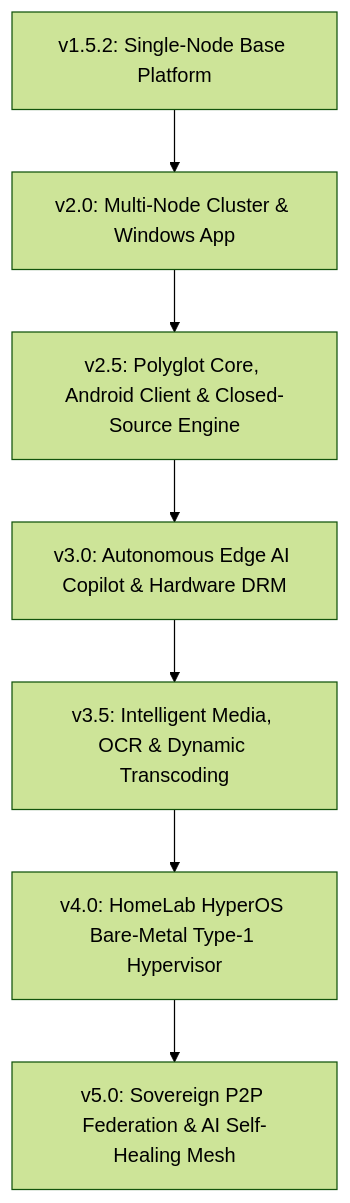
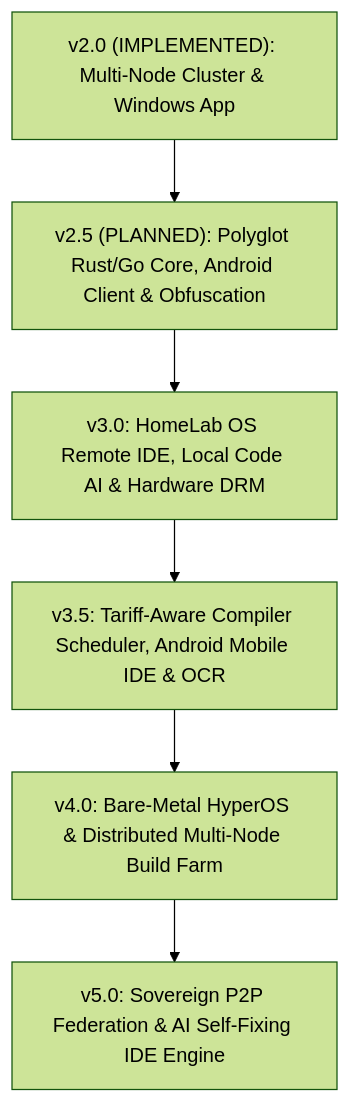
One commit to SidddhantJain/HomeLab-OS changed the diagram in Documentation/Public/Master_Roadmap_Analysis_And_Extensions.md. Above: the diagram before and after it, drawn with Mermaid (forest theme). The commit also changed other lines of this file and 3 other files, not shown here.

Commit message:
feat: release HomeLab OS v2.0.0 Multi-Node Clustering & Feature Extensions

````diff
--- a/Documentation/Public/Master_Roadmap_Analysis_And_Extensions.md
+++ b/Documentation/Public/Master_Roadmap_Analysis_And_Extensions.md
@@ -15,9 +15,8 @@
 ```mermaid
 graph TD
-    A["v1.5.2: Single-Node Base Platform"] --> B["v2.0: Multi-Node Cluster & Windows App"]
-    B --> C["v2.5: Polyglot Core, Android Client & Closed-Source Engine"]
-    C --> D["v3.0: Autonomous Edge AI Copilot & Hardware DRM"]
-    D --> E["v3.5: Intelligent Media, OCR & Dynamic Transcoding"]
-    E --> F["v4.0: HomeLab HyperOS Bare-Metal Type-1 Hypervisor"]
-    F --> G["v5.0: Sovereign P2P Federation & AI Self-Healing Mesh"]
+    A["v2.0 (IMPLEMENTED): Multi-Node Cluster & Windows App"] --> B["v2.5 (PLANNED): Polyglot Rust/Go Core, Android Client & Obfuscation"]
+    B --> C["v3.0: HomeLab OS Remote IDE, Local Code AI & Hardware DRM"]
+    C --> D["v3.5: Tariff-Aware Compiler Scheduler, Android Mobile IDE & OCR"]
+    D --> E["v4.0: Bare-Metal HyperOS & Distributed Multi-Node Build Farm"]
+    E --> F["v5.0: Sovereign P2P Federation & AI Self-Fixing IDE Engine"]
 ```
````
